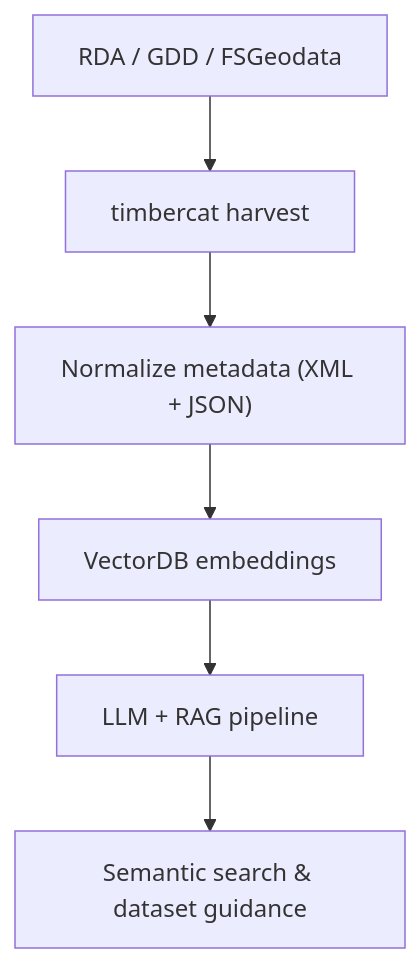
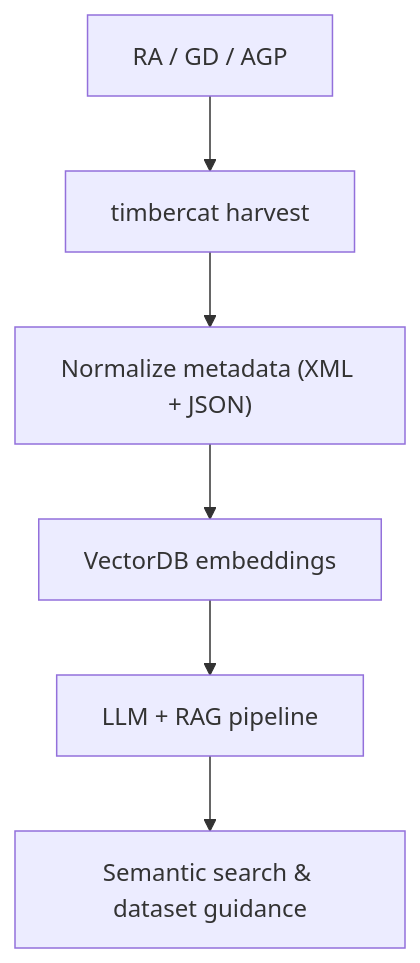
The diagram in docs/index.md (acatejr/catalog), drawn with Mermaid before and after one commit. The commit also changed other lines of this file, not shown here.

````diff
--- a/docs/index.md
+++ b/docs/index.md
@@ -20,8 +20,8 @@
 ```mermaid
 flowchart TB
-  Sources[RDA / GDD / FSGeodata] --> Harvester[timbercat harvest]
+  Sources[RA / GD / AGP] --> Harvester[timbercat harvest]
   Harvester --> Normalize["Normalize metadata (XML + JSON)"]
   Normalize --> Embed[VectorDB embeddings]
   Embed --> RAG[LLM + RAG pipeline]
   RAG --> Answers[Semantic search & dataset guidance]
 ```
````
